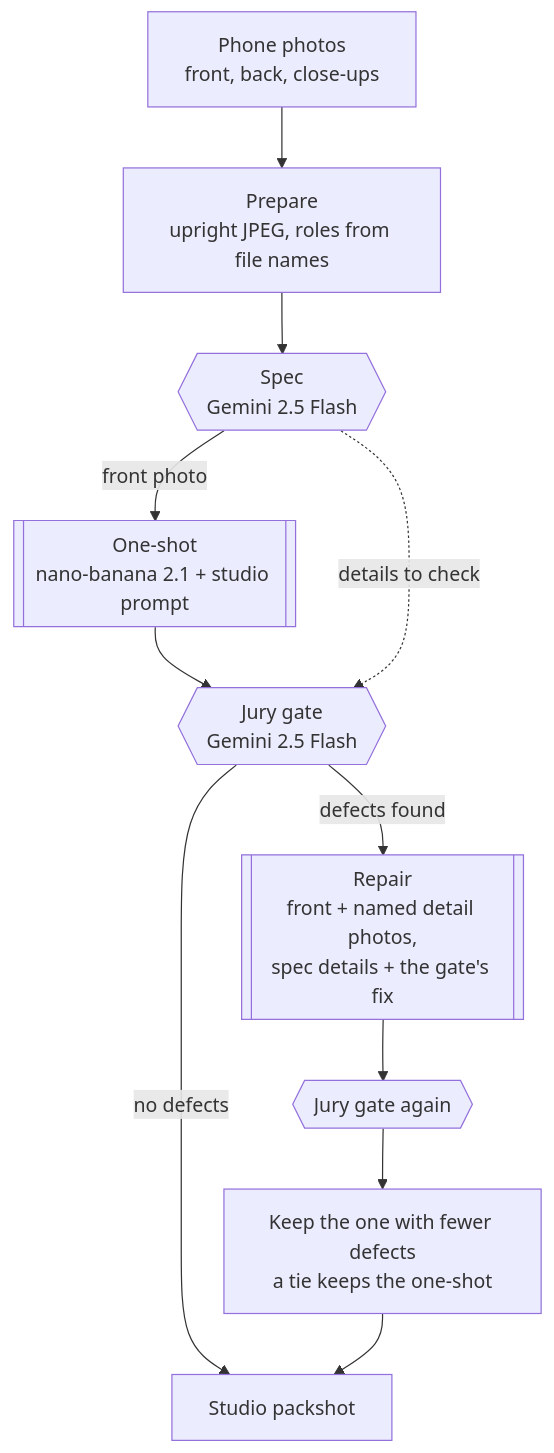
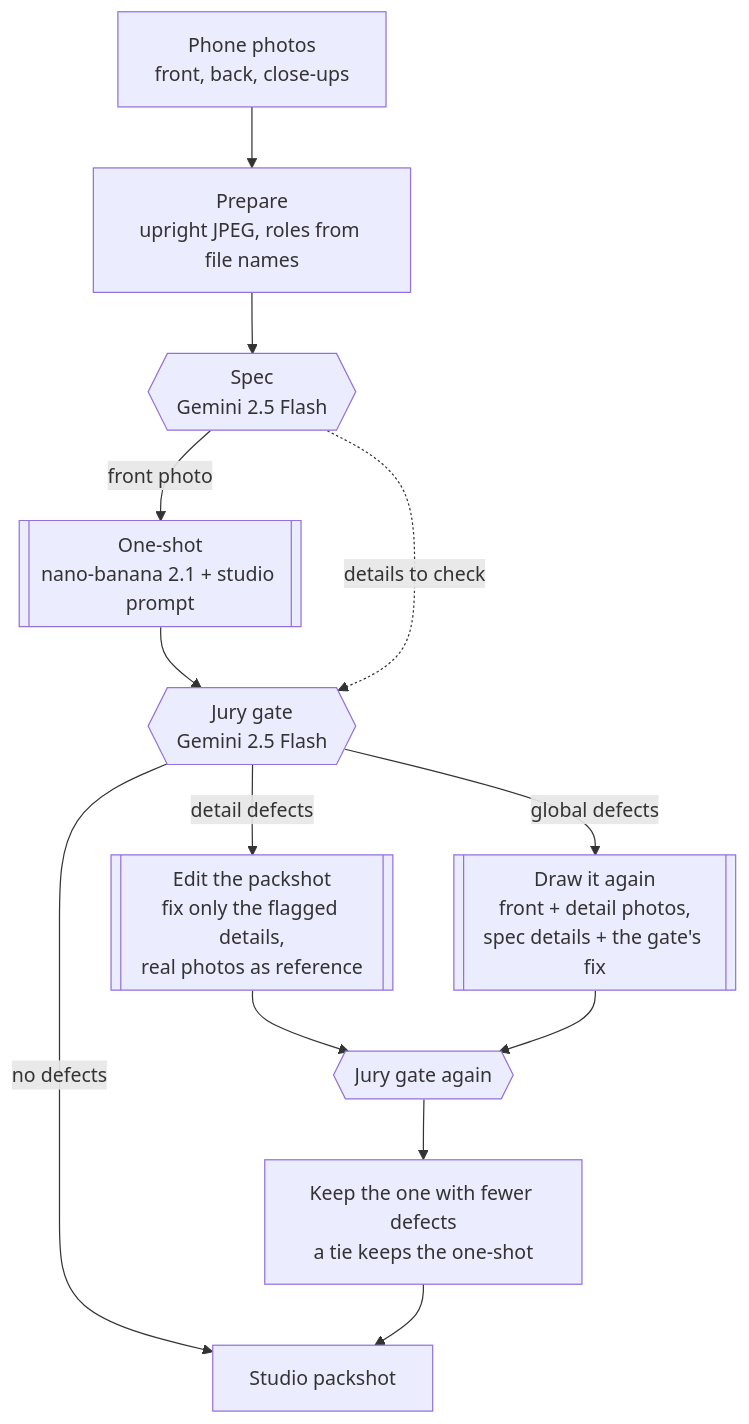
One commit to neural-wave/ch-D3A24 changed the first of 2 diagrams in README.md. Above: the diagram before and after it, drawn with Mermaid. The commit also changed other lines of this file and 5 other files, not shown here.

First line of the commit message:
feat(reconstruction): v3 edits the packshot for detail defects and redraws for global ones

````diff
--- a/README.md
+++ b/README.md
@@ -24,13 +24,15 @@
 ```mermaid
 flowchart TD
     A["Phone photos<br/>front, back, close-ups"] --> B["Prepare<br/>upright JPEG, roles from file names"]
     B --> C{{"Spec<br/>Gemini 2.5 Flash"}}
     C -->|front photo| F[["One-shot<br/>nano-banana 2.1 + studio prompt"]]
     F --> G{{"Jury gate<br/>Gemini 2.5 Flash"}}
     C -.->|details to check| G
     G -->|no defects| H["Studio packshot"]
-    G -->|defects found| R[["Repair<br/>front + named detail photos,<br/>spec details + the gate's fix"]]
+    G -->|detail defects| E[["Edit the packshot<br/>fix only the flagged details,<br/>real photos as reference"]]
+    G -->|global defects| R[["Draw it again<br/>front + detail photos,<br/>spec details + the gate's fix"]]
+    E --> G2
     R --> G2{{"Jury gate again"}}
     G2 --> K["Keep the one with fewer defects<br/>a tie keeps the one-shot"]
     K --> H
 ```
````
